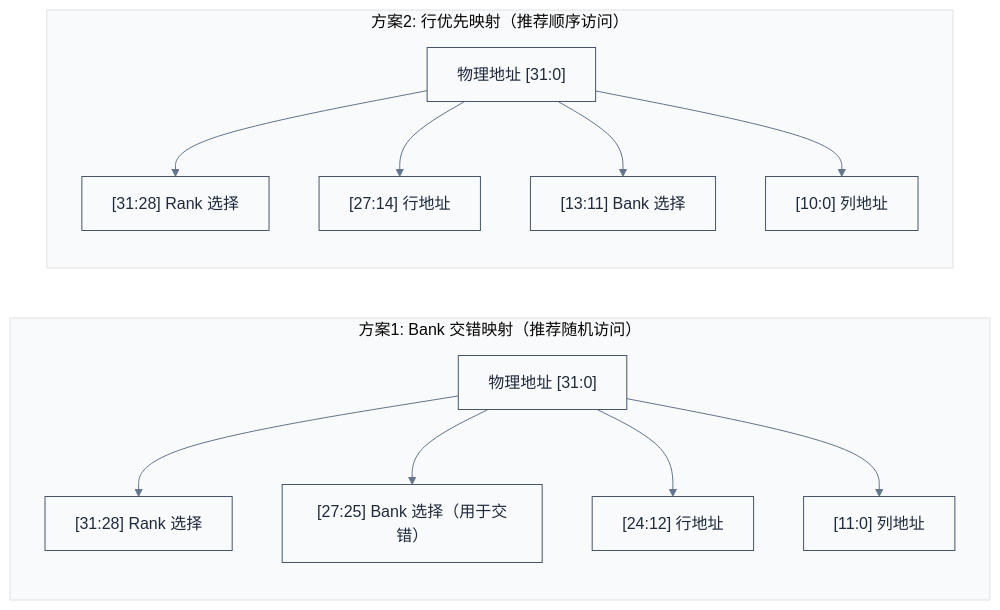
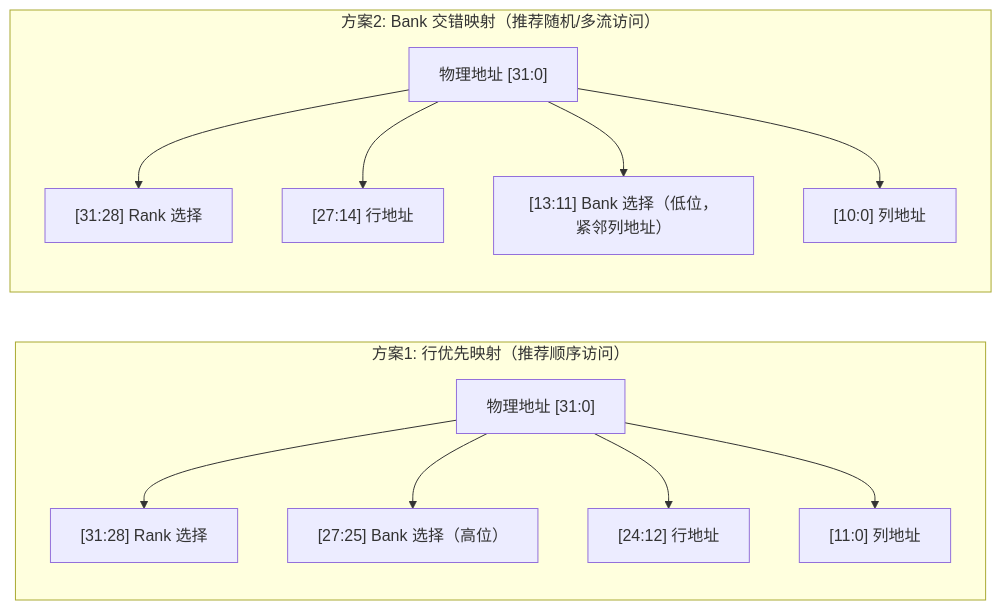
The second of 9 diagrams in ddr/06-DDR性能优化与测量调试.md (swjtuer326/cs-learning-notes), drawn with Mermaid before and after one commit. The commit also changed other lines of this file and 281 other files, not shown here.

````diff
--- a/ddr/06-DDR性能优化与测量调试.md
+++ b/ddr/06-DDR性能优化与测量调试.md
@@ -108,19 +142,18 @@
 ```mermaid
-%%{init: {"theme": "base", "themeVariables": {"primaryColor": "#f8fafc", "primaryTextColor": "#1e293b", "primaryBorderColor": "#475569", "lineColor": "#64748b", "secondaryColor": "#f1f5f9", "secondaryBorderColor": "#94a3b8", "tertiaryColor": "#f8fafc", "fontFamily": "\"trebuchet ms\", verdana, arial, sans-serif"}}}%%
 flowchart LR
-    subgraph "方案1: Bank 交错映射（推荐随机访问）"
+    subgraph "方案1: 行优先映射（推荐顺序访问）"
         direction TB
         A1["物理地址 [31:0]"] --> A2["[31:28] Rank 选择"]
-        A1 --> A3["[27:25] Bank 选择（用于交错）"]
+        A1 --> A3["[27:25] Bank 选择（高位）"]
         A1 --> A4["[24:12] 行地址"]
         A1 --> A5["[11:0] 列地址"]
     end
 
-    subgraph "方案2: 行优先映射（推荐顺序访问）"
+    subgraph "方案2: Bank 交错映射（推荐随机/多流访问）"
         direction TB
         B1["物理地址 [31:0]"] --> B2["[31:28] Rank 选择"]
         B1 --> B3["[27:14] 行地址"]
-        B1 --> B4["[13:11] Bank 选择"]
+        B1 --> B4["[13:11] Bank 选择（低位，紧邻列地址）"]
         B1 --> B5["[10:0] 列地址"]
     end
 ```
````
